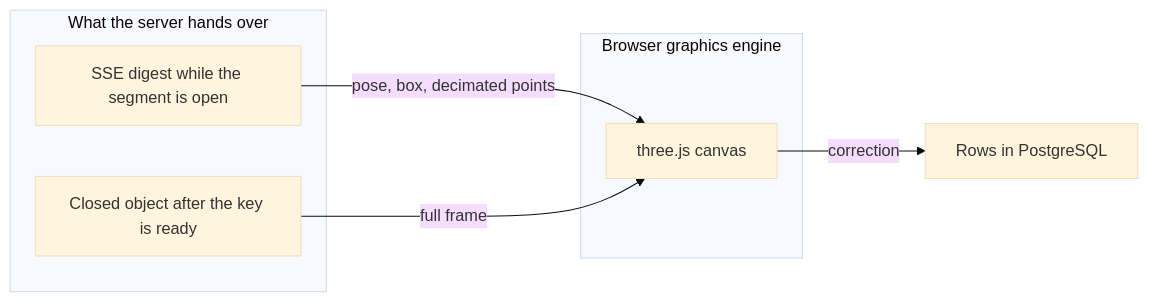
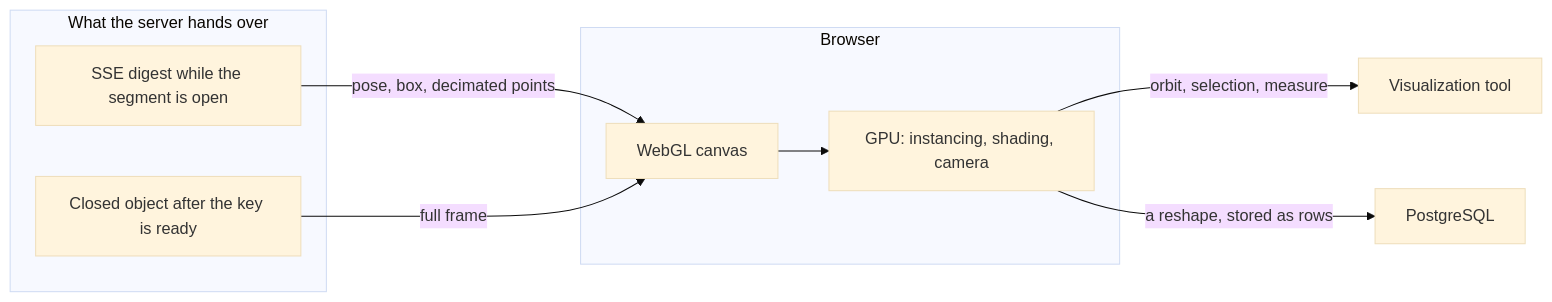
Before and after one commit to jgmatu/postgresql: the fourth of 4 diagrams in TODO.md, drawn with Mermaid (base theme). The commit also changed other lines of this file, not shown here.

Commit message:
Keep point-cloud drawing and scene edits on the browser GPU.
WebGL already owns instancing and the camera, so a denser cloud or a reshape stays in the panel.

````diff
--- a/TODO.md
+++ b/TODO.md
@@ -123,13 +127,16 @@
 ```mermaid
 flowchart LR
     subgraph handed [What the server hands over]
         sse[SSE digest while the segment is open]
         closedObj[Closed object after the key is ready]
     end
-    subgraph engine [Browser graphics engine]
-        canvas[three.js canvas]
-        sse -->|pose, box, decimated points| canvas
+    subgraph engine [Browser]
+        canvas[WebGL canvas]
+        gpu["GPU: instancing, shading, camera"]
+        sse -->|"pose, box, decimated points"| canvas
         closedObj -->|full frame| canvas
+        canvas --> gpu
     end
-    canvas -->|correction| rows[Rows in PostgreSQL]
+    gpu -->|orbit, selection, measure| tool[Visualization tool]
+    gpu -->|a reshape, stored as rows| rows[PostgreSQL]
 ```
````
